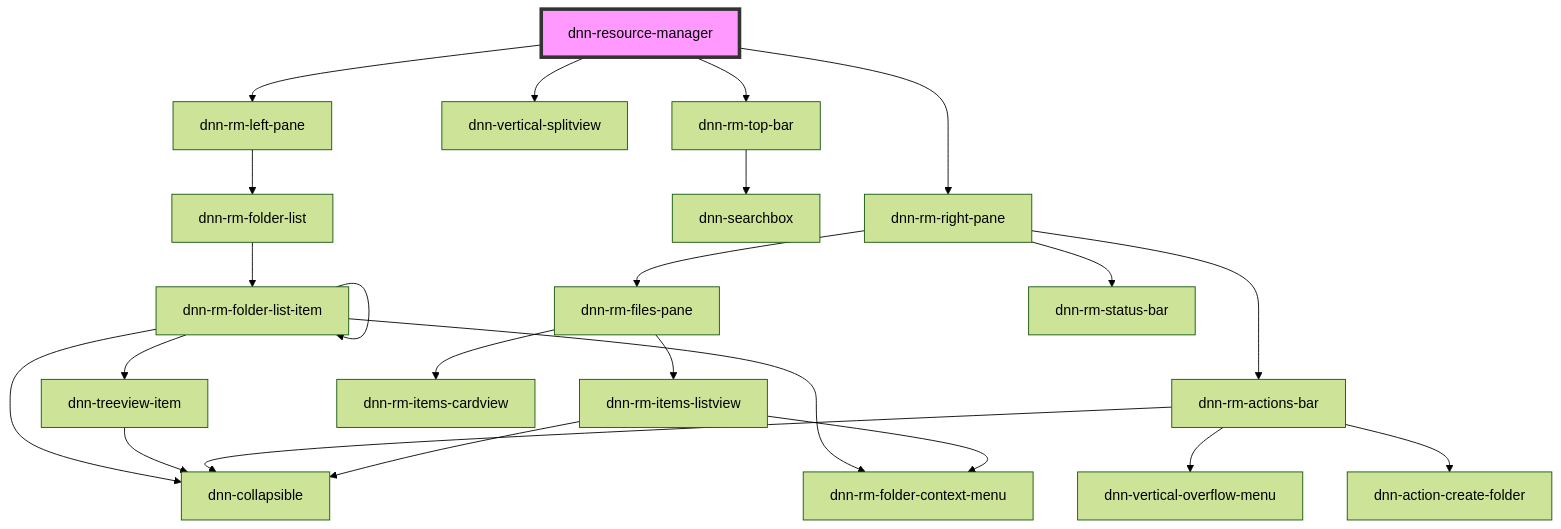
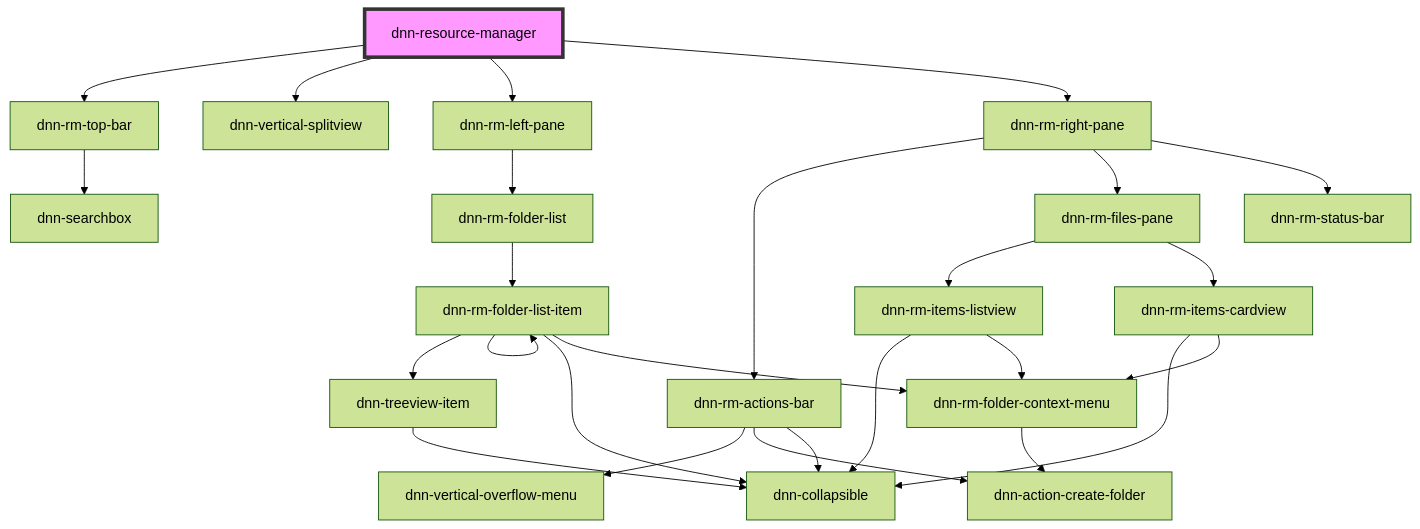
The diagram in DNN Platform/Modules/ResourceManager/ResourceManager.Web/src/components/dnn-resource-manager/readme.md (dnnsoftware/Dnn.Platform), drawn with Mermaid (forest theme) before and after one commit. The commit also changed 19 other files, not shown here.

````diff
--- a/DNN Platform/Modules/ResourceManager/ResourceManager.Web/src/components/dnn-resource-manager/readme.md
+++ b/DNN Platform/Modules/ResourceManager/ResourceManager.Web/src/components/dnn-resource-manager/readme.md
@@ -25,26 +25,29 @@
 ```mermaid
 graph TD;
   dnn-resource-manager --> dnn-rm-top-bar
   dnn-resource-manager --> dnn-vertical-splitview
   dnn-resource-manager --> dnn-rm-left-pane
   dnn-resource-manager --> dnn-rm-right-pane
   dnn-rm-top-bar --> dnn-searchbox
   dnn-rm-left-pane --> dnn-rm-folder-list
   dnn-rm-folder-list --> dnn-rm-folder-list-item
   dnn-rm-folder-list-item --> dnn-treeview-item
   dnn-rm-folder-list-item --> dnn-rm-folder-list-item
   dnn-rm-folder-list-item --> dnn-collapsible
   dnn-rm-folder-list-item --> dnn-rm-folder-context-menu
   dnn-treeview-item --> dnn-collapsible
+  dnn-rm-folder-context-menu --> dnn-action-create-folder
   dnn-rm-right-pane --> dnn-rm-actions-bar
   dnn-rm-right-pane --> dnn-rm-files-pane
   dnn-rm-right-pane --> dnn-rm-status-bar
   dnn-rm-actions-bar --> dnn-vertical-overflow-menu
   dnn-rm-actions-bar --> dnn-action-create-folder
   dnn-rm-actions-bar --> dnn-collapsible
   dnn-rm-files-pane --> dnn-rm-items-listview
   dnn-rm-files-pane --> dnn-rm-items-cardview
   dnn-rm-items-listview --> dnn-collapsible
   dnn-rm-items-listview --> dnn-rm-folder-context-menu
+  dnn-rm-items-cardview --> dnn-collapsible
+  dnn-rm-items-cardview --> dnn-rm-folder-context-menu
   style dnn-resource-manager fill:#f9f,stroke:#333,stroke-width:4px
 ```
````
